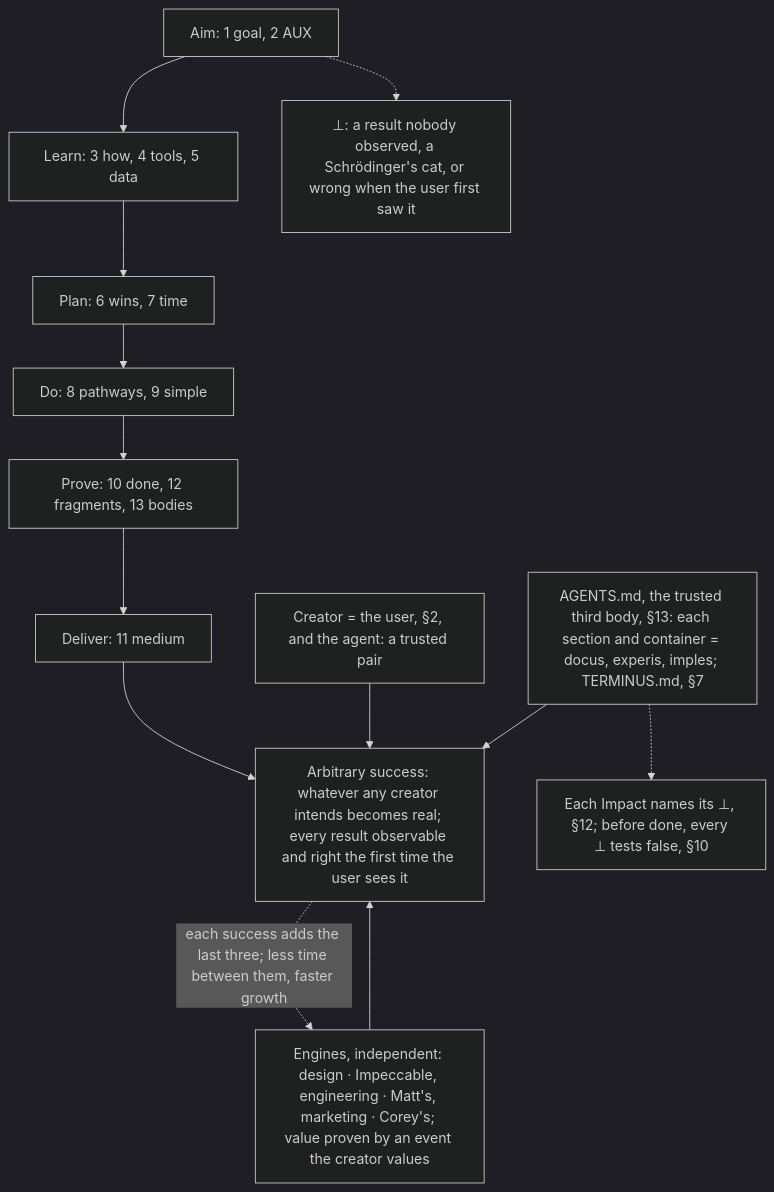
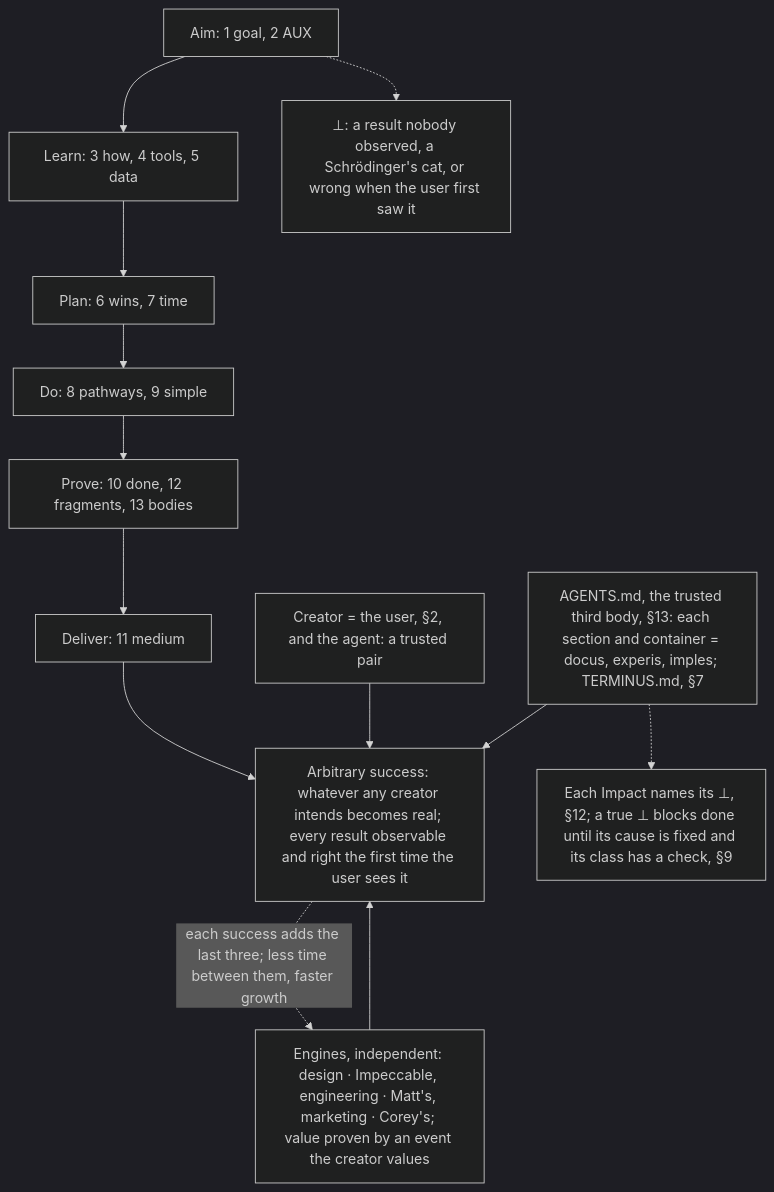
Before and after one commit to SolenixAI/arbiter: the first of 14 diagrams in AGENTS.md, drawn with Mermaid (dark theme). The commit also changed other lines of this file and 3 other files, not shown here.

First line of the commit message:
fix(agents): engines decide, a true ⊥ blocks done until fixed, terminus pushed away

````diff
--- a/AGENTS.md
+++ b/AGENTS.md
@@ -34,10 +35,10 @@
 ```mermaid
 flowchart TD
   A[Aim: 1 goal, 2 AUX] --> L[Learn: 3 how, 4 tools, 5 data] --> P[Plan: 6 wins, 7 time] --> D[Do: 8 pathways, 9 simple] --> V[Prove: 10 done, 12 fragments, 13 bodies] --> O[Deliver: 11 medium] --> S["Arbitrary success: whatever any creator intends becomes real; every result observable and right the first time the user sees it"]
   CR["Creator = the user, §2, and the agent: a trusted pair"] --> S
   F["AGENTS.md, the trusted third body, §13: each section and container = docus, experis, imples; TERMINUS.md, §7"] --> S
   E["Engines, independent: design · Impeccable, engineering · Matt's, marketing · Corey's; value proven by an event the creator values"] --> S
   S -.->|"each success adds the last three; less time between them, faster growth"| E
-  F -.-> BI["Each Impact names its ⊥, §12; before done, every ⊥ tests false, §10"]
+  F -.-> BI["Each Impact names its ⊥, §12; a true ⊥ blocks done until its cause is fixed and its class has a check, §9"]
   A -.-> BOT["⊥: a result nobody observed, a Schrödinger's cat, or wrong when the user first saw it"]
 ```
````
